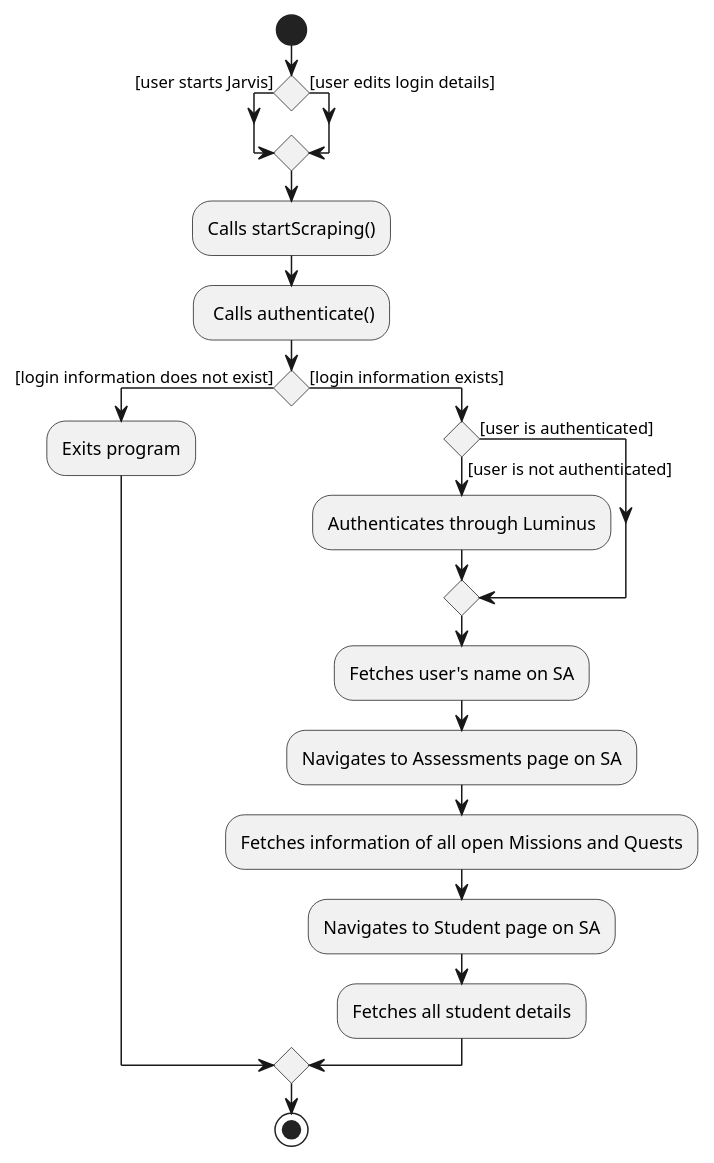
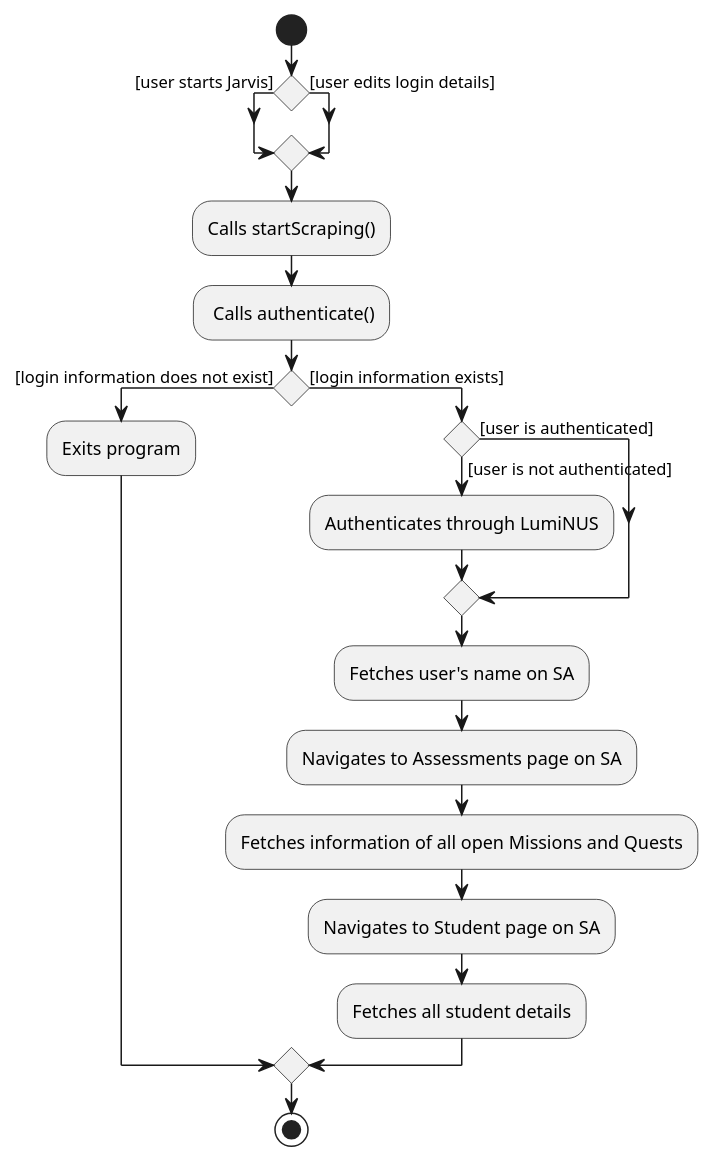
The diagram in docs/diagrams/LoginPathDiagram.puml (wireseo/tp), drawn with PlantUML before and after one commit. The commit also changed 16 other files, not shown here.

```diff
--- a/docs/diagrams/LoginPathDiagram.puml
+++ b/docs/diagrams/LoginPathDiagram.puml
@@ -1,28 +1,28 @@
 @startuml
 start
 If () then ([user starts Jarvis])
     else ([user edits login details])
 endif
 
 :Calls startScraping();
 : Calls authenticate();
 
 If () then ([login information does not exist])
     :Exits program;
 
     else ([login information exists])
 
 
     If () then ([user is not authenticated])
-    :Authenticates through Luminus;
+    :Authenticates through LumiNUS;
 
     else ([user is authenticated])
         endif
     :Fetches user's name on SA;
     :Navigates to Assessments page on SA;
     :Fetches information of all open Missions and Quests;
     :Navigates to Student page on SA;
     :Fetches all student details;
     endif
 stop
 @enduml
```
